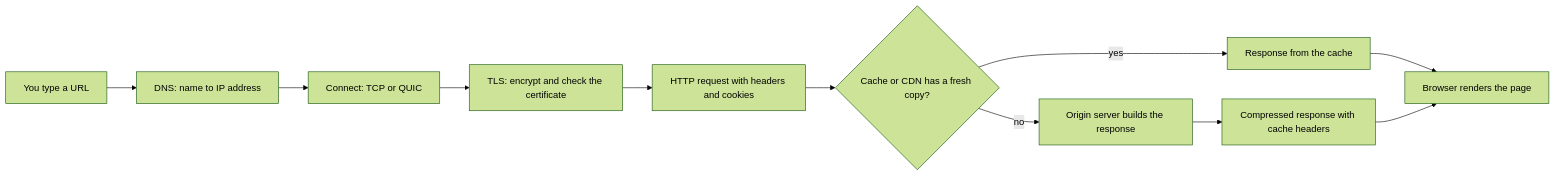
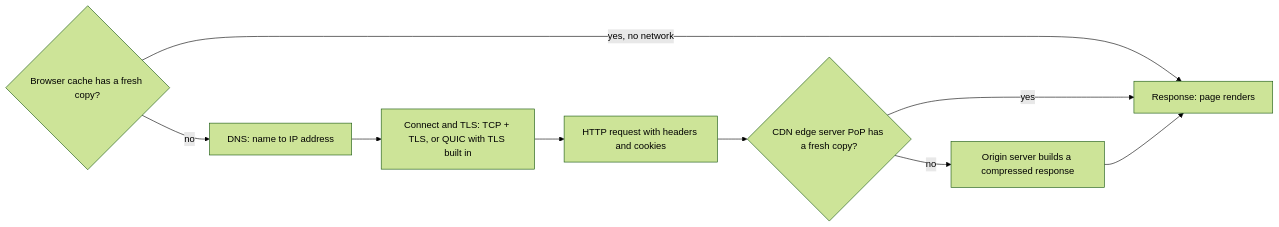
Before and after one commit to lakshay-testsigma/notes_management: the diagram in vault/frontend-engineering/how-the-web-works/internet-and-networking/01-brief-internet-and-networking.md, drawn with Mermaid (forest theme). The commit also changed other lines of this file and 25 other files, not shown here.

````diff
--- a/vault/frontend-engineering/how-the-web-works/internet-and-networking/01-brief-internet-and-networking.md
+++ b/vault/frontend-engineering/how-the-web-works/internet-and-networking/01-brief-internet-and-networking.md
@@ -22,13 +22,11 @@
 ```mermaid
 flowchart LR
-  U[You type a URL] --> D[DNS: name to IP address]
-  D --> C[Connect: TCP or QUIC]
-  C --> T[TLS: encrypt and check the certificate]
-  T --> R[HTTP request with headers and cookies]
-  R --> K{Cache or CDN has a fresh copy?}
-  K -- yes --> P[Response from the cache]
-  K -- no --> S[Origin server builds the response]
-  S --> P2[Compressed response with cache headers]
-  P --> B[Browser renders the page]
-  P2 --> B
+  B{Browser cache has a fresh copy?} -- yes, no network --> P[Response: page renders]
+  B -- no --> D[DNS: name to IP address]
+  D --> C[Connect and TLS: TCP + TLS, or QUIC with TLS built in]
+  C --> R[HTTP request with headers and cookies]
+  R --> K{CDN edge server PoP has a fresh copy?}
+  K -- yes --> P
+  K -- no --> S[Origin server builds a compressed response]
+  S --> P
 ```
````
